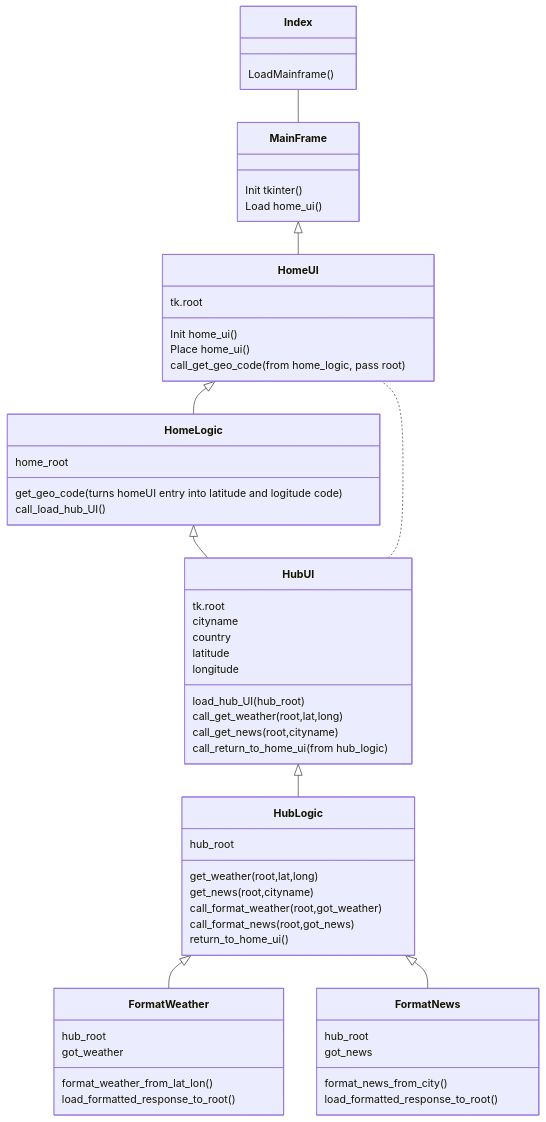
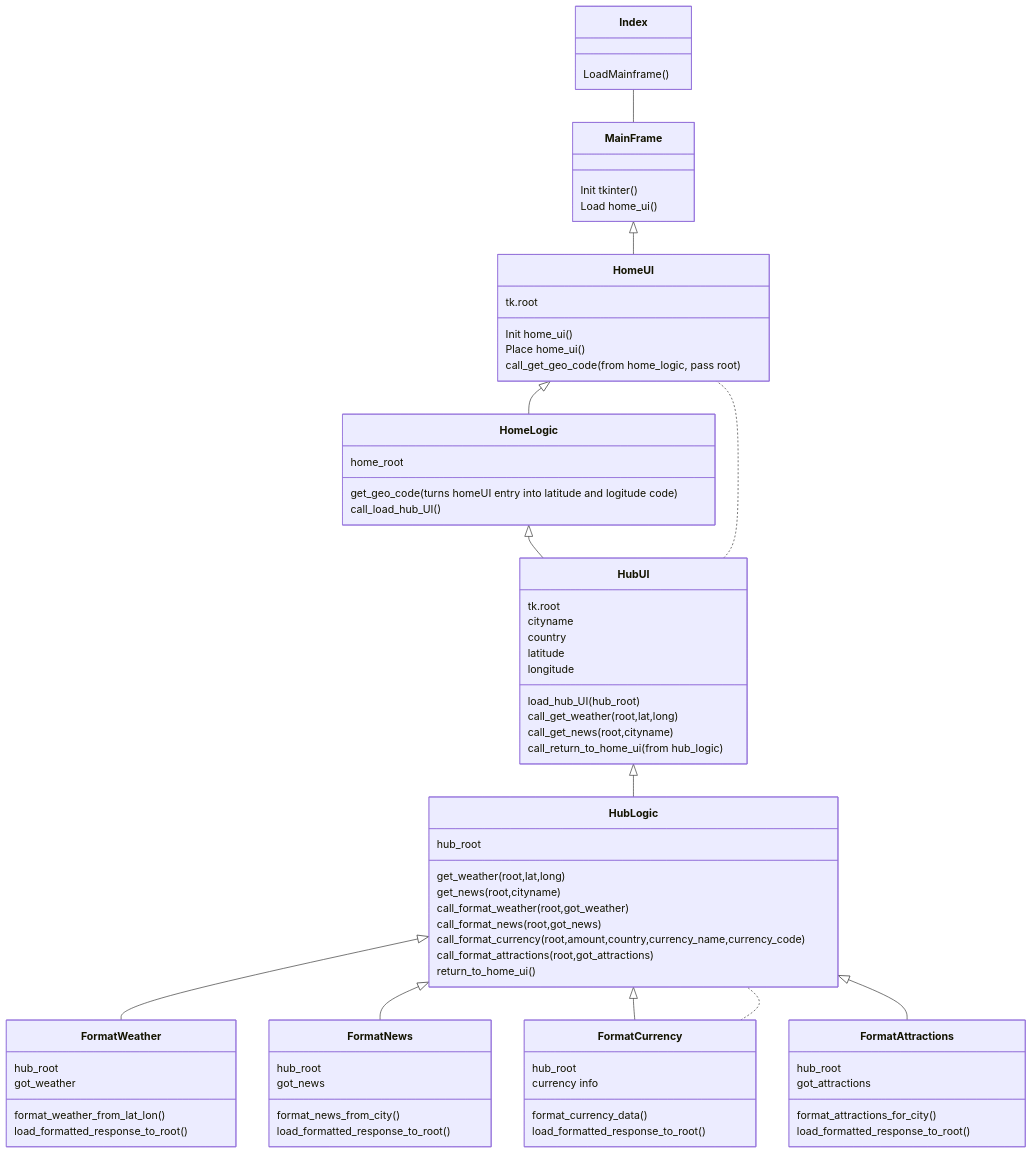
The diagram in dokumentaatio/arkkitehtuuri.md (kodtld/TravelHub), drawn with Mermaid before and after one commit.

Commit message:
arkkitehtuuri päivitys

````diff
--- a/dokumentaatio/arkkitehtuuri.md
+++ b/dokumentaatio/arkkitehtuuri.md
@@ -9,7 +9,9 @@
       HubUI ..	HomeUI
       HubLogic <|-- FormatWeather
       HubLogic <|-- FormatNews
-
+      HubLogic <|-- FormatCurrency
+      FormatCurrency .. HubLogic
+      HubLogic <|-- FormatAttractions
        
       Index : LoadMainframe()
 
@@ -54,6 +56,8 @@
             
             call_format_weather(root,got_weather)
             call_format_news(root,got_news)
+	    call_format_currency(root,amount,country,currency_name,currency_code)
+	    call_format_attractions(root,got_attractions)
             return_to_home_ui()
           
          }
@@ -76,4 +80,24 @@
           
          }
 
+
+      class FormatCurrency{
+           hub_root
+           currency info
+
+          format_currency_data()
+          load_formatted_response_to_root()
+
+         }
+
+
+      class FormatAttractions{
+           hub_root
+           got_attractions
+
+          format_attractions_for_city()
+          load_formatted_response_to_root()
+
+         }
+
 ```
````
